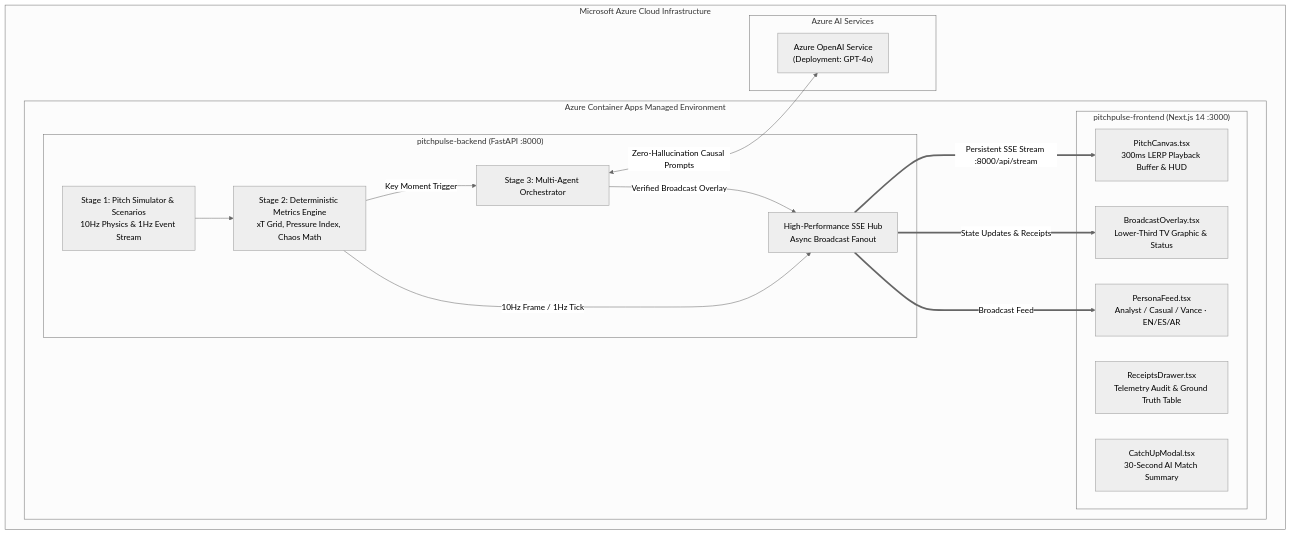
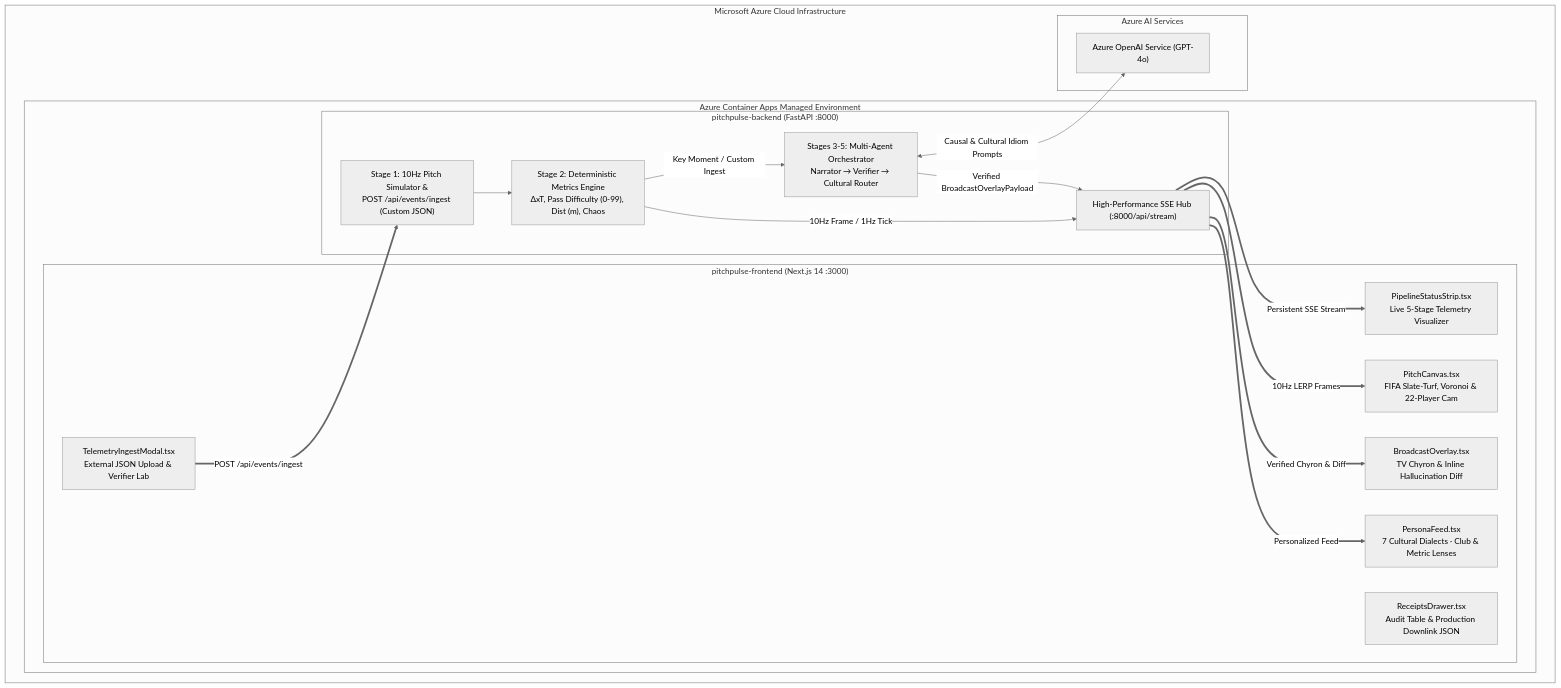
The first of 2 diagrams in README.md (Vali-Hameed/PitchPulse), drawn with Mermaid (neutral theme) before and after one commit. The commit also changed other lines of this file, not shown here.

````diff
--- a/README.md
+++ b/README.md
@@ -39,35 +53,38 @@
 ```mermaid
 flowchart TB
     subgraph Azure["Microsoft Azure Cloud Infrastructure"]
         subgraph ACA["Azure Container Apps Managed Environment"]
             subgraph BackendContainer["pitchpulse-backend (FastAPI :8000)"]
-                GEN["Stage 1: Pitch Simulator & Scenarios<br/>10Hz Physics & 1Hz Event Stream"]
-                ENG["Stage 2: Deterministic Metrics Engine<br/>xT Grid, Pressure Index, Chaos Math"]
-                ORCH["Stage 3: Multi-Agent Orchestrator"]
-                SSE["High-Performance SSE Hub<br/>Async Broadcast Fanout"]
+                GEN["Stage 1: 10Hz Pitch Simulator &<br/>POST /api/events/ingest (Custom JSON)"]
+                ENG["Stage 2: Deterministic Metrics Engine<br/>ΔxT, Pass Difficulty (0-99), Dist (m), Chaos"]
+                ORCH["Stages 3-5: Multi-Agent Orchestrator<br/>Narrator → Verifier → Cultural Router"]
+                SSE["High-Performance SSE Hub (:8000/api/stream)"]
                 
                 GEN --> ENG
-                ENG -->|Key Moment Trigger| ORCH
+                ENG -->|Key Moment / Custom Ingest| ORCH
                 ENG -->|10Hz Frame / 1Hz Tick| SSE
             end
 
             subgraph FrontendContainer["pitchpulse-frontend (Next.js 14 :3000)"]
-                CANVAS["PitchCanvas.tsx<br/>300ms LERP Playback Buffer & HUD"]
-                OVERLAY["BroadcastOverlay.tsx<br/>Lower-Third TV Graphic & Status"]
-                FEED["PersonaFeed.tsx<br/>Analyst / Casual / Vance · EN/ES/AR"]
-                DRAWER["ReceiptsDrawer.tsx<br/>Telemetry Audit & Ground Truth Table"]
-                RECAP["CatchUpModal.tsx<br/>30-Second AI Match Summary"]
+                STRIP["PipelineStatusStrip.tsx<br/>Live 5-Stage Telemetry Visualizer"]
+                CANVAS["PitchCanvas.tsx<br/>FIFA Slate-Turf, Voronoi & 22-Player Cam"]
+                OVERLAY["BroadcastOverlay.tsx<br/>TV Chyron & Inline Hallucination Diff"]
+                FEED["PersonaFeed.tsx<br/>7 Cultural Dialects · Club & Metric Lenses"]
+                DRAWER["ReceiptsDrawer.tsx<br/>Audit Table & Production Downlink JSON"]
+                INGEST["TelemetryIngestModal.tsx<br/>External JSON Upload & Verifier Lab"]
             end
         end
 
         subgraph AzureAI["Azure AI Services"]
-            AOAI["Azure OpenAI Service<br/>(Deployment: GPT-4o)"]
+            AOAI["Azure OpenAI Service (GPT-4o)"]
         end
     end
 
-    ORCH <-->|Zero-Hallucination Causal Prompts| AOAI
-    ORCH -->|Verified Broadcast Overlay| SSE
-    SSE ==>|Persistent SSE Stream :8000/api/stream| CANVAS
-    SSE ==>|State Updates & Receipts| OVERLAY
-    SSE ==>|Broadcast Feed| FEED
+    ORCH <-->|Causal & Cultural Idiom Prompts| AOAI
+    ORCH -->|Verified BroadcastOverlayPayload| SSE
+    SSE ==>|Persistent SSE Stream| STRIP
+    SSE ==>|10Hz LERP Frames| CANVAS
+    SSE ==>|Verified Chyron & Diff| OVERLAY
+    SSE ==>|Personalized Feed| FEED
+    INGEST ==>|POST /api/events/ingest| GEN
 ```
````
